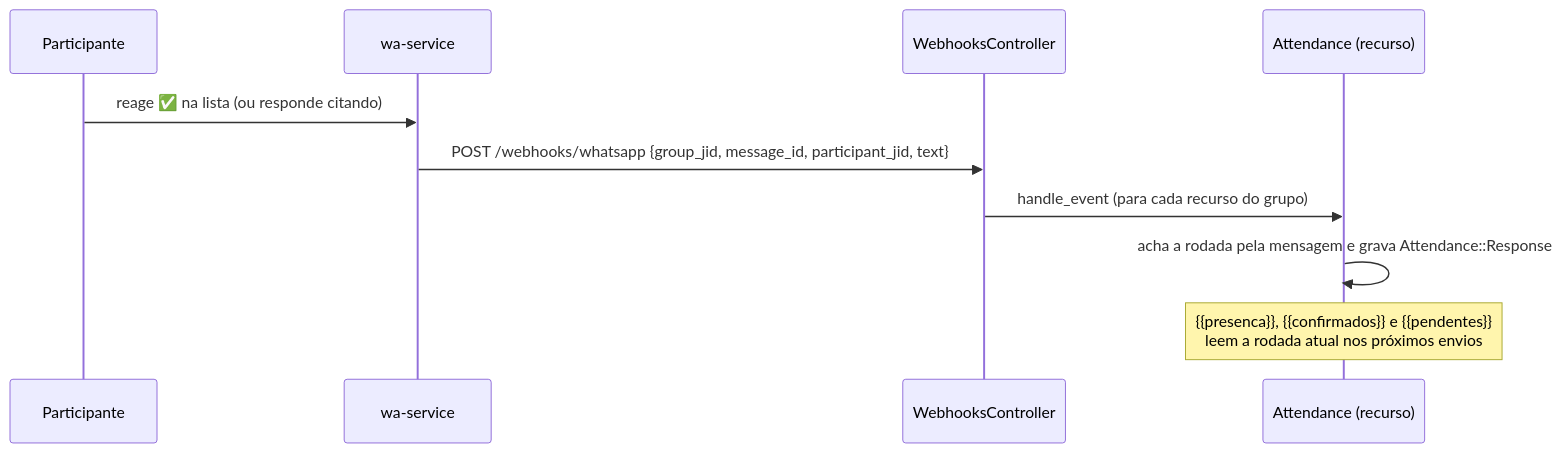
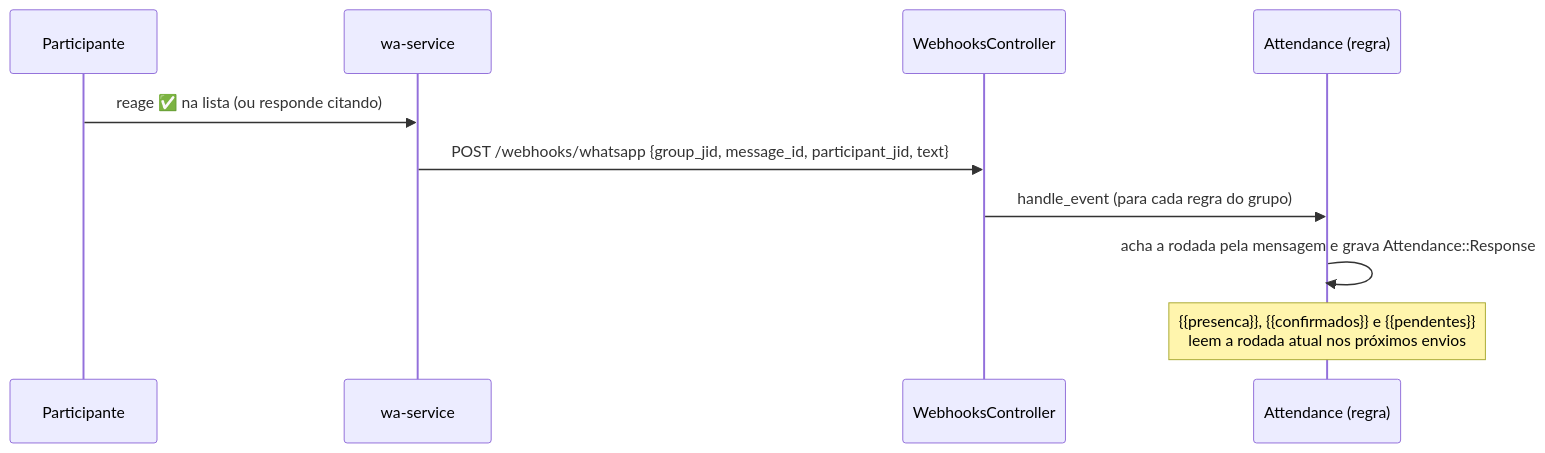
One commit to caiovitorsantos/cynthia changed the third of 4 diagrams in README.md. Above: the diagram before and after it, drawn with Mermaid. The commit also changed other lines of this file and 16 other files, not shown here.

````diff
--- a/README.md
+++ b/README.md
@@ -157,13 +157,13 @@
 ```mermaid
 sequenceDiagram
     participant P as Participante
     participant W as wa-service
     participant WH as WebhooksController
-    participant A as Attendance (recurso)
+    participant A as Attendance (regra)
 
     P->>W: reage ✅ na lista (ou responde citando)
     W->>WH: POST /webhooks/whatsapp {group_jid, message_id, participant_jid, text}
-    WH->>A: handle_event (para cada recurso do grupo)
+    WH->>A: handle_event (para cada regra do grupo)
     A->>A: acha a rodada pela mensagem e grava Attendance::Response
     Note over A: {{presenca}}, {{confirmados}} e {{pendentes}}<br/>leem a rodada atual nos próximos envios
 ```
````
